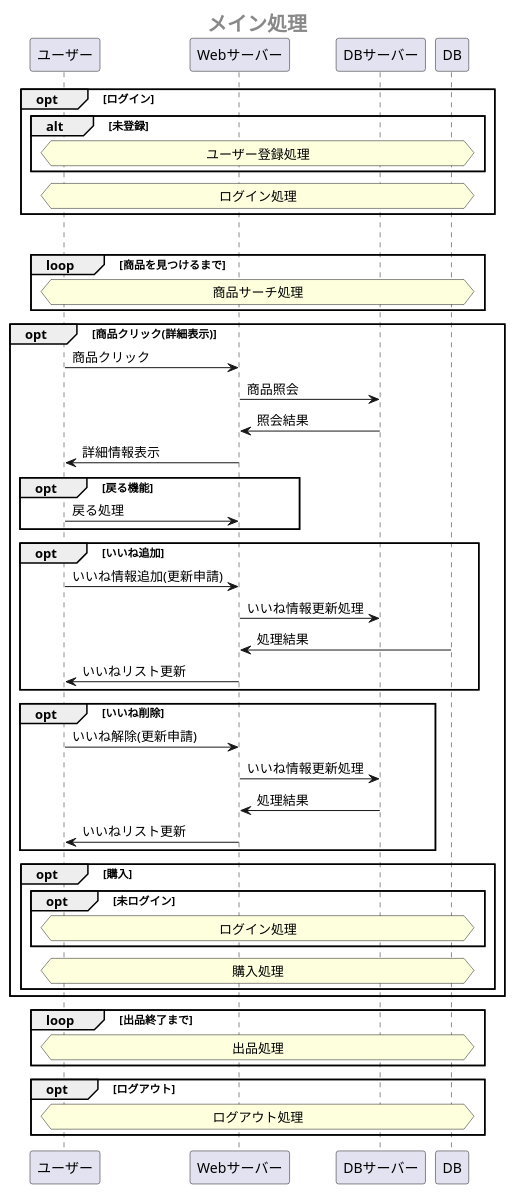
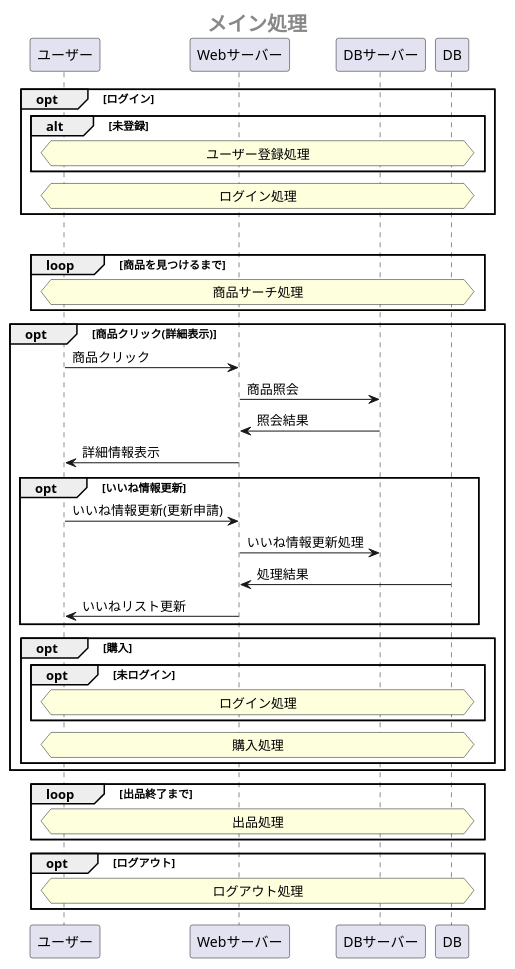
The first of 7 diagrams in 設計書/02_業務フロー/BusinessFlow.md (Aso2001385/NAISA), drawn with PlantUML before and after one commit. The commit also changed other lines of this file, not shown here.

````diff
--- a/設計書/02_業務フロー/BusinessFlow.md
+++ b/設計書/02_業務フロー/BusinessFlow.md
@@ -1,57 +1,47 @@
 ```uml 
 @startuml 
  center header <size:20><b>メイン処理</b></size>
 
  opt ログイン
   alt 未登録
   hnote across: ユーザー登録処理
   end
   hnote across: ログイン処理
  end
 
  loop 購入処理成功まで
   loop 商品を見つけるまで
    hnote across: 商品サーチ処理
   end
 
  opt 商品クリック(詳細表示)
 ユーザー -> Webサーバー : 商品クリック
 Webサーバー -> DBサーバー : 商品照会
 DBサーバー -> Webサーバー : 照会結果
 Webサーバー -> ユーザー : 詳細情報表示
-opt 戻る機能
-ユーザー -> Webサーバー : 戻る処理
-end
 
-  opt いいね追加
-   ユーザー -> Webサーバー:いいね情報追加(更新申請)
+  opt いいね情報更新
+   ユーザー -> Webサーバー:いいね情報更新(更新申請)
    Webサーバー -> DBサーバー:いいね情報更新処理
    DB -> Webサーバー:処理結果
    Webサーバー -> ユーザー:いいねリスト更新
-  end
-  opt いいね削除
-   ユーザー -> Webサーバー:いいね解除(更新申請)
-   Webサーバー -> DBサーバー:いいね情報更新処理
-   DBサーバー -> Webサーバー:処理結果
-   Webサーバー -> ユーザー:いいねリスト更新
-   
   end
 
   opt 購入
    opt 未ログイン
      hnote across: ログイン処理
    end
    hnote across: 購入処理
   end
 
  end
  
  loop 出品終了まで
   hnote across: 出品処理
  end
 
  opt ログアウト
   hnote across: ログアウト処理
  end
 @enduml
 ```
````
